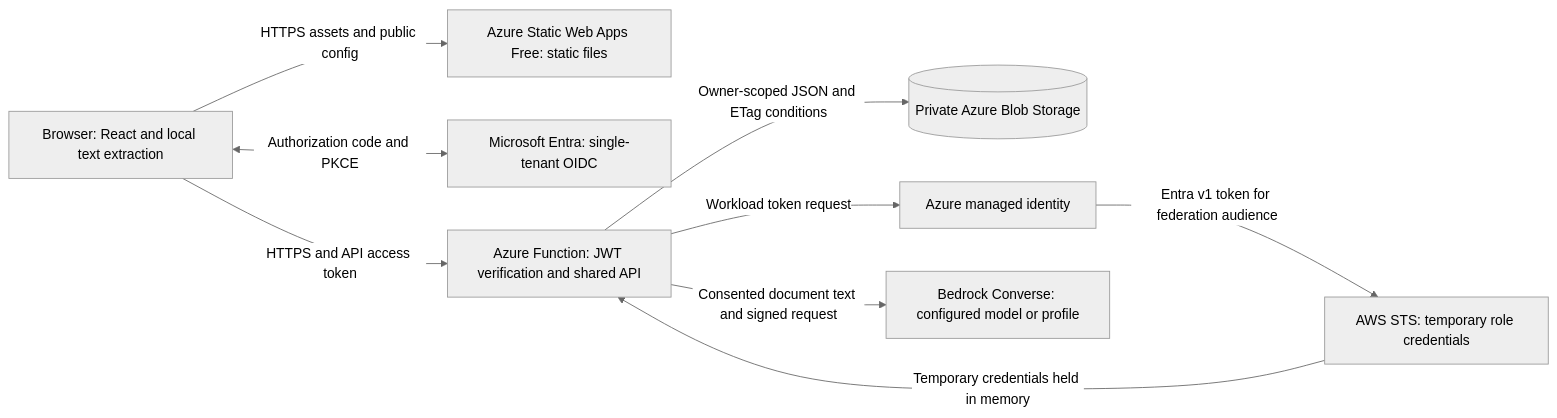
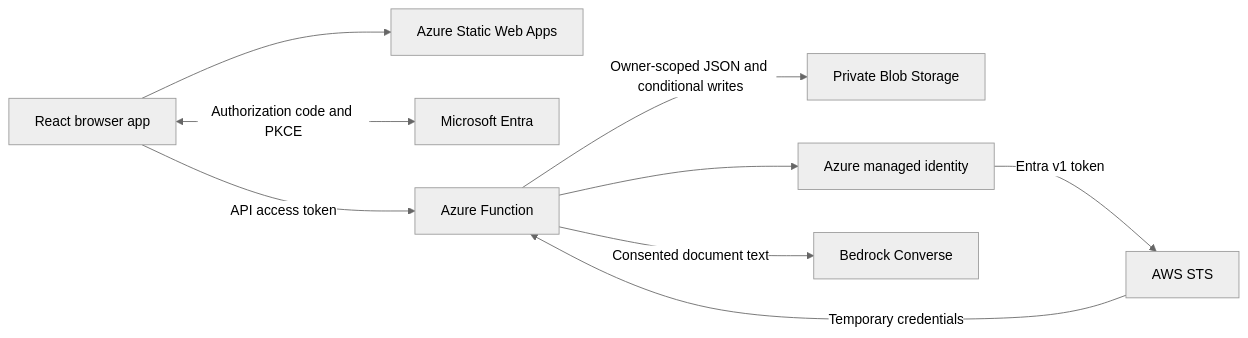
One commit to ibrahimadedokun/job-application-tracker changed the diagram in docs/architecture.md. Above: the diagram before and after it, drawn with Mermaid (neutral theme). The commit also changed other lines of this file and 31 other files, not shown here.

````diff
--- a/docs/architecture.md
+++ b/docs/architecture.md
@@ -13,19 +7,11 @@
 ```mermaid
 flowchart LR
-    U["Browser: React and local text extraction"]
-    W["Azure Static Web Apps Free: static files"]
-    E["Microsoft Entra: single-tenant OIDC"]
-    F["Azure Function: JWT verification and shared API"]
-    B[("Private Azure Blob Storage")]
-    M["Azure managed identity"]
-    T["AWS STS: temporary role credentials"]
-    AI["Bedrock Converse: configured model or profile"]
-    U -->|HTTPS assets and public config| W
-    U <-->|Authorization code and PKCE| E
-    U -->|HTTPS and API access token| F
-    F -->|Owner-scoped JSON and ETag conditions| B
-    F -->|Workload token request| M
-    M -->|Entra v1 token for federation audience| T
-    T -->|Temporary credentials held in memory| F
-    F -->|Consented document text and signed request| AI
+    Browser[React browser app] --> Web[Azure Static Web Apps]
+    Browser <-->|Authorization code and PKCE| Entra[Microsoft Entra]
+    Browser -->|API access token| API[Azure Function]
+    API -->|Owner-scoped JSON and conditional writes| Storage[Private Blob Storage]
+    API --> Identity[Azure managed identity]
+    Identity -->|Entra v1 token| STS[AWS STS]
+    STS -->|Temporary credentials| API
+    API -->|Consented document text| Bedrock[Bedrock Converse]
 ```
````
